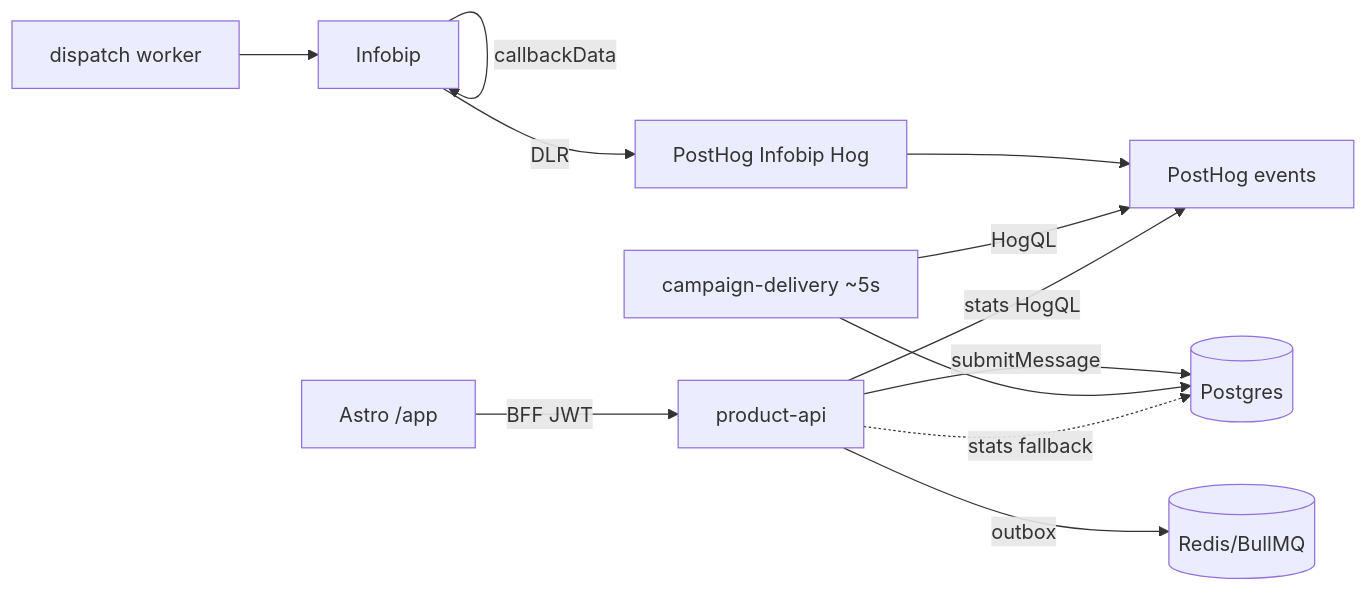
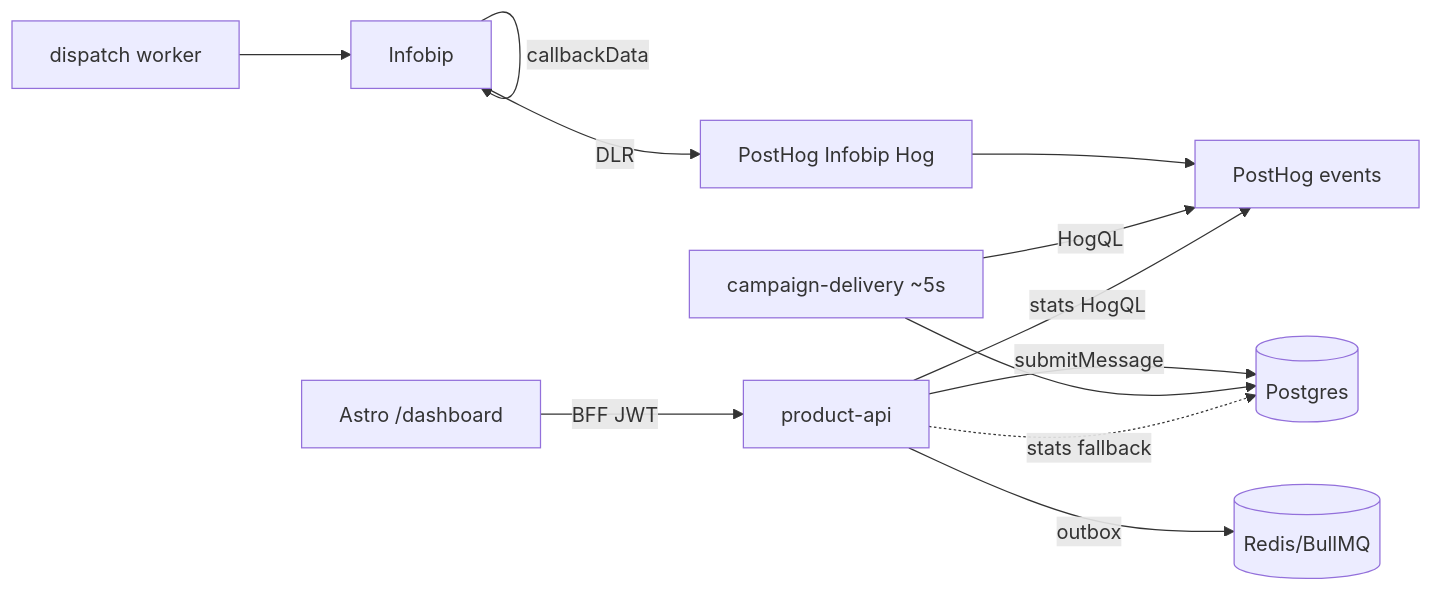
The diagram in workers/HANDOFF.md (laravel42/web-maildrill-astro), drawn with Mermaid before and after one commit. The commit also changed other lines of this file and 11 other files, not shown here.

First line of the commit message:
docs: refresh product, handoff, and architecture guidance

````diff
--- a/workers/HANDOFF.md
+++ b/workers/HANDOFF.md
@@ -145,14 +145,14 @@
 ```mermaid
 flowchart LR
-  UI[Astro /app] -->|BFF JWT| ProductAPI[product-api]
+  UI[Astro /dashboard] -->|BFF JWT| ProductAPI[product-api]
   ProductAPI -->|submitMessage| PG[(Postgres)]
   ProductAPI -->|outbox| Redis[(Redis/BullMQ)]
   Dispatch[dispatch worker] --> Infobip
   Infobip -->|callbackData| Infobip
   Infobip -->|DLR| PhHog[PostHog Infobip Hog]
   PhHog --> Ev[PostHog events]
   Poller[campaign-delivery ~5s] -->|HogQL| Ev
   Poller --> PG
   ProductAPI -->|stats HogQL| Ev
   ProductAPI -.->|stats fallback| PG
 ```
````
